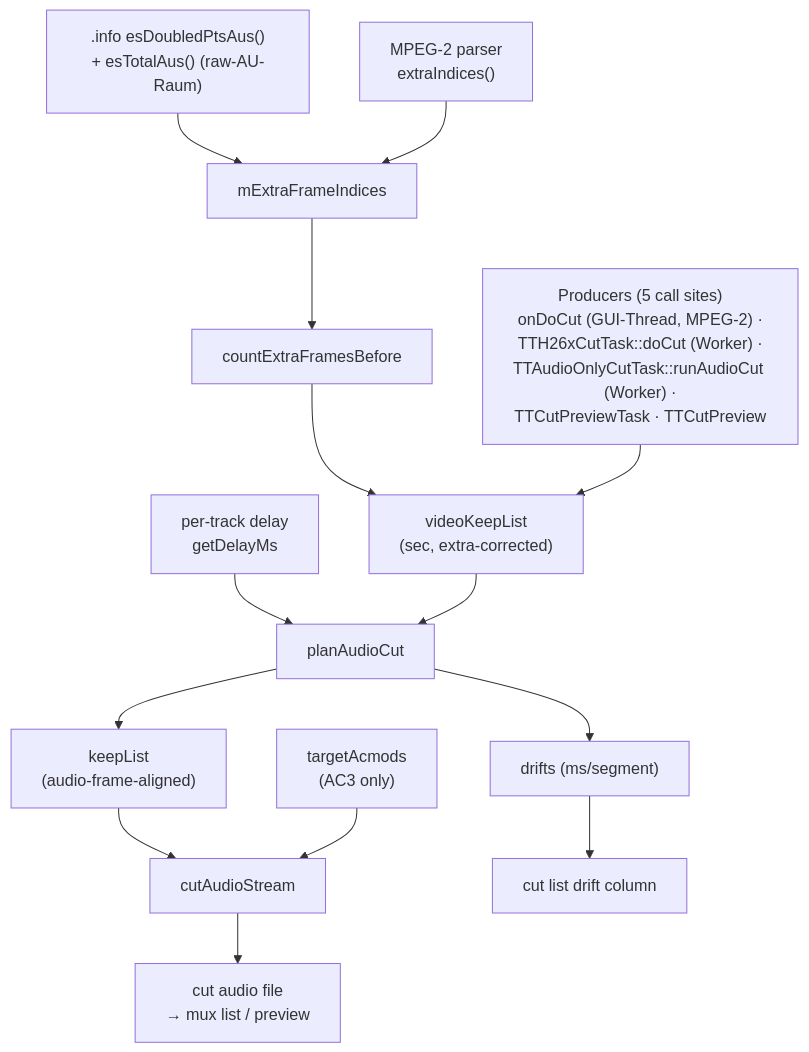
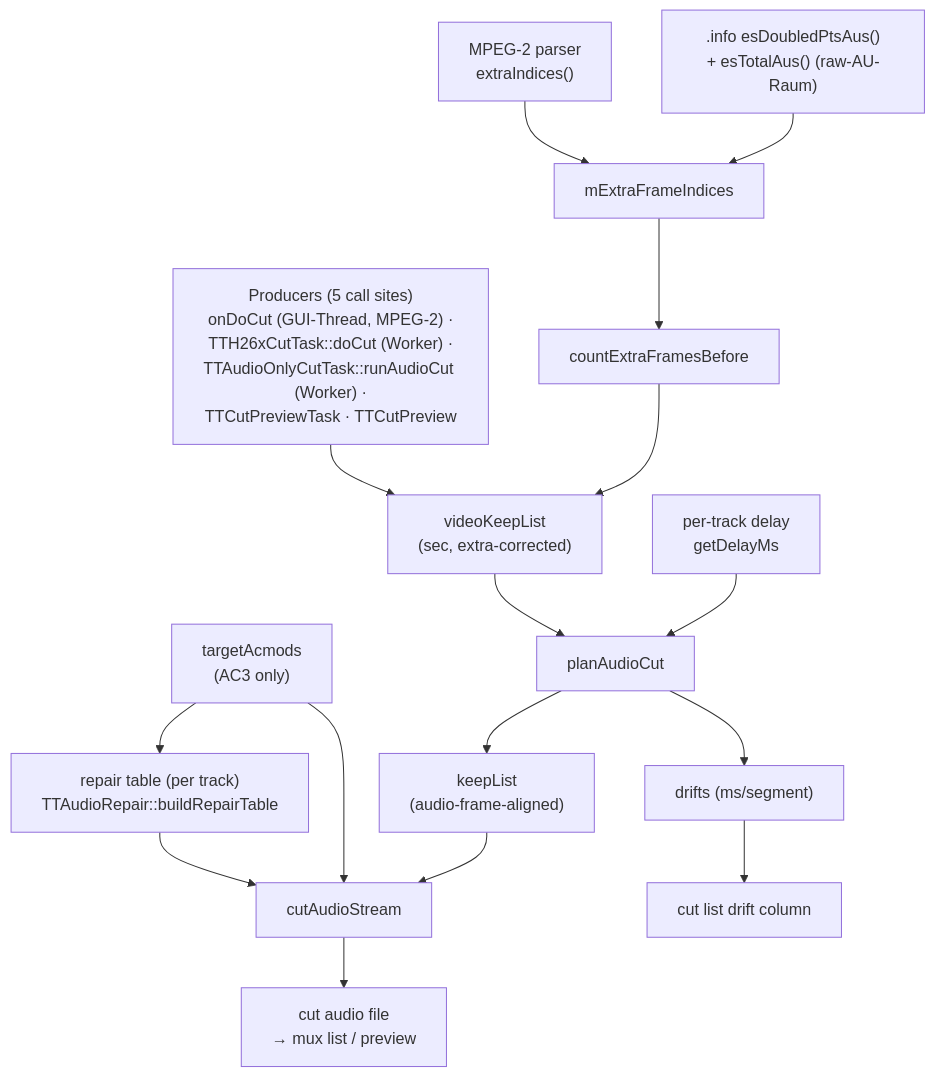
The diagram in docs/code-map/audio-cut-timing.md (MINIXJR/TTCut-ng), drawn with Mermaid before and after one commit. The commit also changed other lines of this file and 48 other files, not shown here.

````diff
--- a/docs/code-map/audio-cut-timing.md
+++ b/docs/code-map/audio-cut-timing.md
@@ -55,31 +58,34 @@
 ```mermaid
 flowchart TD
   INFO[".info esDoubledPtsAus()<br/>+ esTotalAus() (raw-AU-Raum)"]
   MP2X["MPEG-2 parser<br/>extraIndices()"]
   EXTRA["mExtraFrameIndices"]
   CEFB["countExtraFramesBefore"]
   PROD["Producers (5 call sites)<br/>onDoCut (GUI-Thread, MPEG-2) ·<br/>TTH26xCutTask::doCut (Worker) ·<br/>TTAudioOnlyCutTask::runAudioCut (Worker) ·<br/>TTCutPreviewTask · TTCutPreview"]
   VKL["videoKeepList<br/>(sec, extra-corrected)"]
   DELAY["per-track delay<br/>getDelayMs"]
   PLAN["planAudioCut"]
   KEEP["keepList<br/>(audio-frame-aligned)"]
   ACMOD["targetAcmods<br/>(AC3 only)"]
+  REPAIR["repair table (per track)<br/>TTAudioRepair::buildRepairTable"]
   CUT["cutAudioStream"]
   OUT["cut audio file<br/>→ mux list / preview"]
   DRIFT["drifts (ms/segment)"]
   COL4["cut list drift column"]
 
   INFO --> EXTRA
   MP2X --> EXTRA
   EXTRA --> CEFB
   CEFB --> VKL
   PROD --> VKL
   DELAY --> PLAN
   VKL --> PLAN
   PLAN --> KEEP
   PLAN --> DRIFT
   KEEP --> CUT
   ACMOD --> CUT
+  ACMOD --> REPAIR
+  REPAIR --> CUT
   CUT --> OUT
   DRIFT --> COL4
 ```
````
